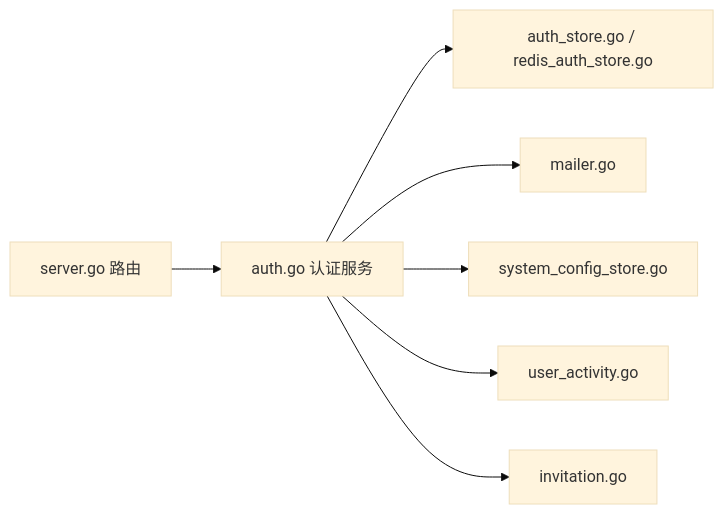
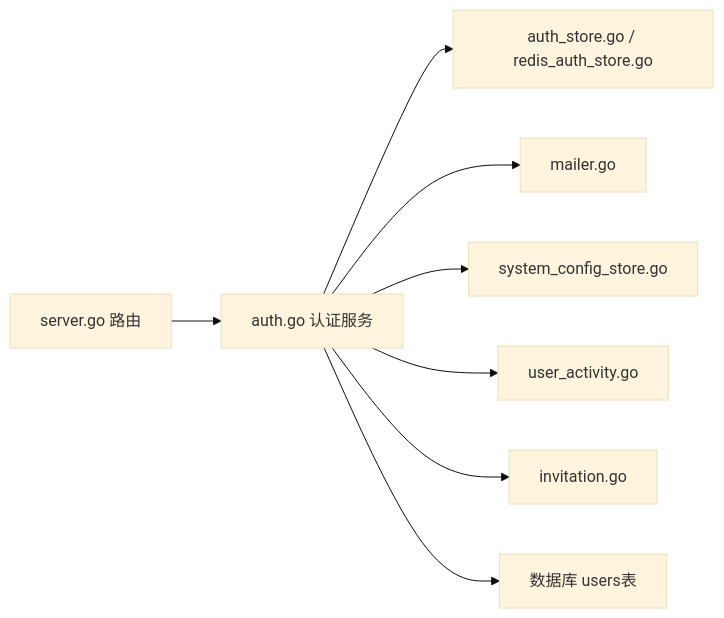
Before and after one commit to alvinwangzi/goodhr: the fifth of 5 diagrams in .qoder/repowiki/zh/content/云端后端服务/用户认证系统/用户注册登录.md, drawn with Mermaid (base theme). The commit also changed other lines of this file and 10 other files, not shown here.

````diff
--- a/.qoder/repowiki/zh/content/云端后端服务/用户认证系统/用户注册登录.md
+++ b/.qoder/repowiki/zh/content/云端后端服务/用户认证系统/用户注册登录.md
@@ -276,9 +330,10 @@
 ```mermaid
 graph LR
 Server["server.go 路由"] --> Auth["auth.go 认证服务"]
 Auth --> Store["auth_store.go / redis_auth_store.go"]
 Auth --> Mail["mailer.go"]
 Auth --> Config["system_config_store.go"]
 Auth --> Activity["user_activity.go"]
 Auth --> Invite["invitation.go"]
+Auth --> DB["数据库 users表"]
 ```
````
